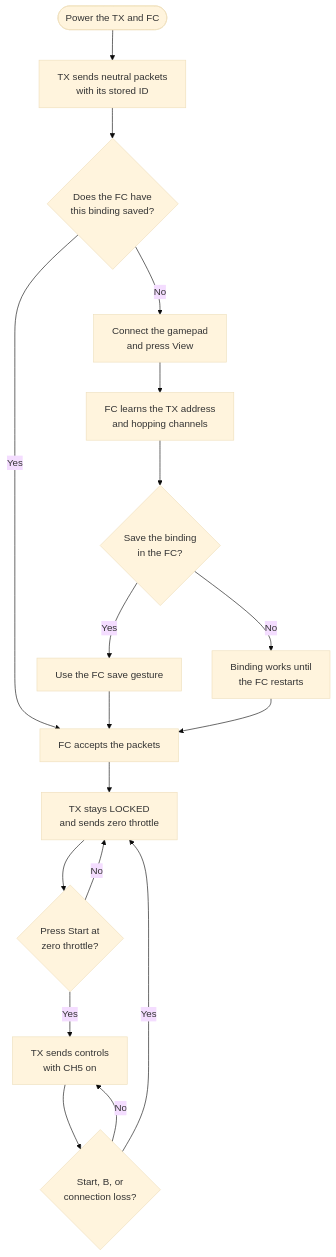
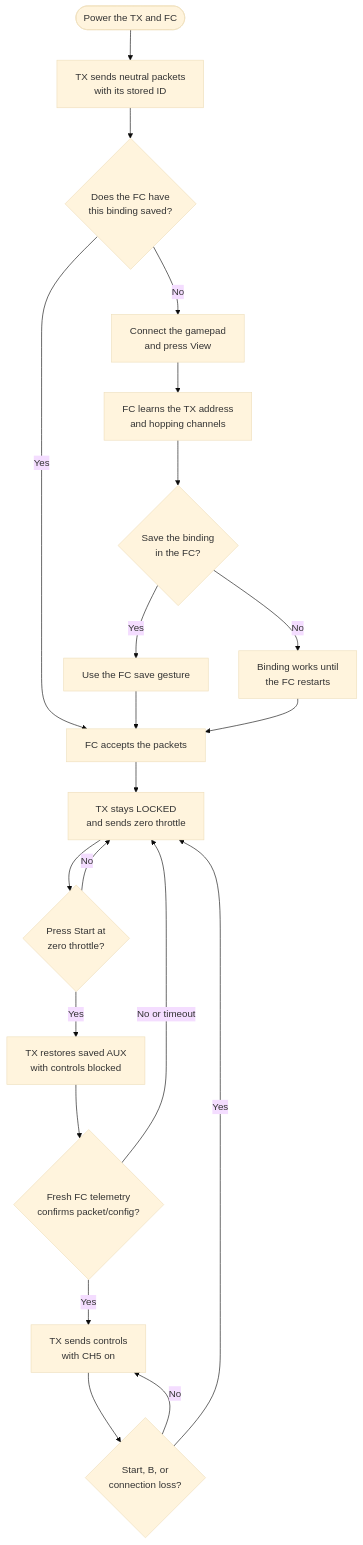
One commit to brokiem/silverware-esp32-tx changed the diagram in docs/binding.md. Above: the diagram before and after it, drawn with Mermaid (base theme). The commit also changed 27 other files, not shown here.

````diff
--- a/docs/binding.md
+++ b/docs/binding.md
@@ -9,20 +9,23 @@
 ```mermaid
 flowchart TD
     start([Power the TX and FC]) --> neutral[TX sends neutral packets<br/>with its stored ID]
     neutral --> saved{Does the FC have<br/>this binding saved?}
     saved -- Yes --> linked[FC accepts the packets]
     saved -- No --> bind[Connect the gamepad<br/>and press View]
     bind --> learn[FC learns the TX address<br/>and hopping channels]
     learn --> store{Save the binding<br/>in the FC?}
     store -- Yes --> gesture[Use the FC save gesture]
     gesture --> linked
     store -- No --> session[Binding works until<br/>the FC restarts]
     session --> linked
     linked --> locked[TX stays LOCKED<br/>and sends zero throttle]
     locked --> arm{Press Start at<br/>zero throttle?}
     arm -- No --> locked
-    arm -- Yes --> active[TX sends controls<br/>with CH5 on]
+    arm -- Yes --> prearm[TX restores saved AUX<br/>with controls blocked]
+    prearm --> confirmed{Fresh FC telemetry<br/>confirms packet/config?}
+    confirmed -- No or timeout --> locked
+    confirmed -- Yes --> active[TX sends controls<br/>with CH5 on]
     active --> stop{Start, B, or<br/>connection loss?}
     stop -- No --> active
     stop -- Yes --> locked
 ```
````
